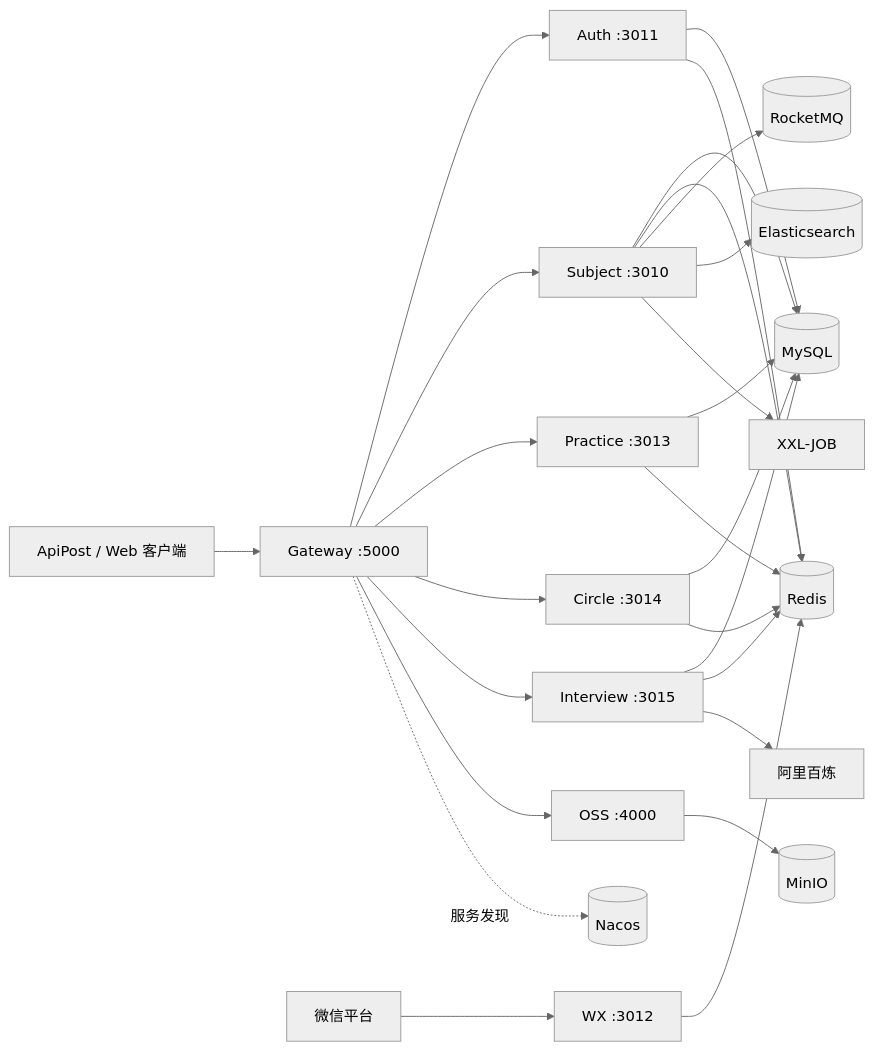
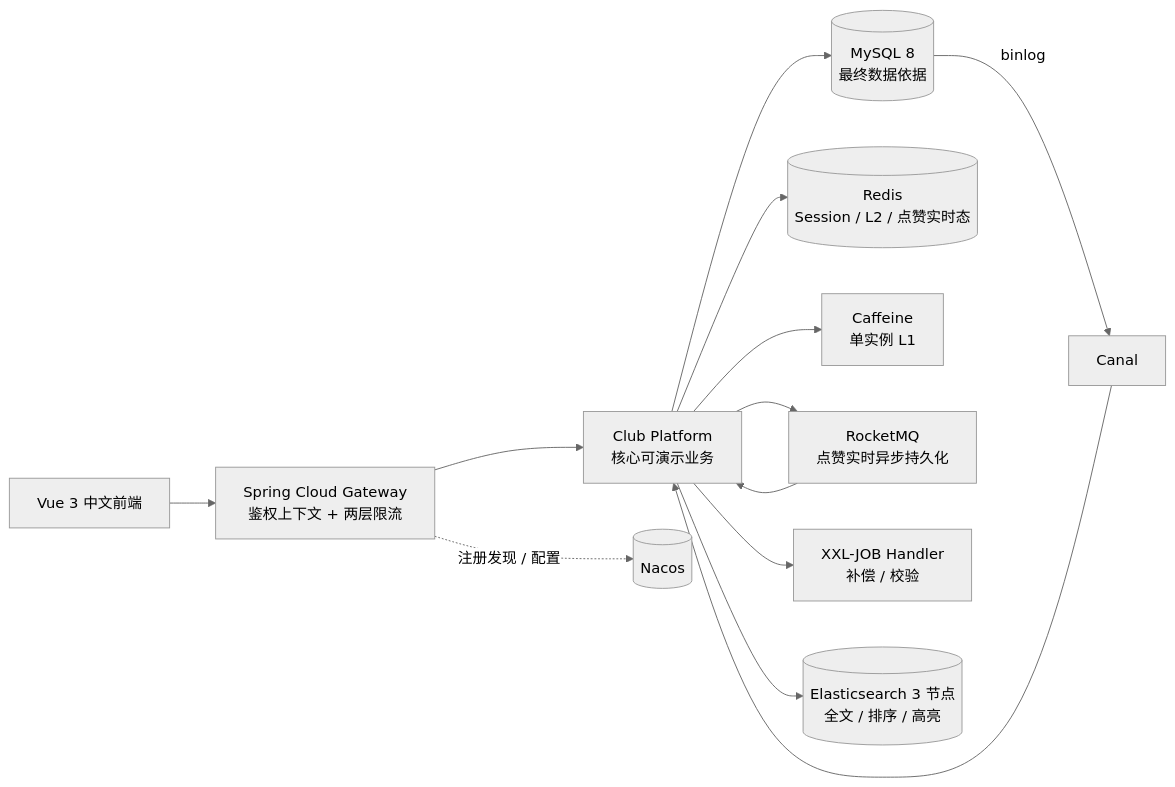
The first of 3 diagrams in README.md (xianspiderman/dyh-interview-club), drawn with Mermaid (neutral theme) before and after one commit. The commit also changed other lines of this file and 12 other files, not shown here.

````diff
--- a/README.md
+++ b/README.md
@@ -29,31 +20,15 @@
 ```mermaid
 flowchart LR
-    Client["ApiPost / Web 客户端"] --> Gateway["Gateway :5000"]
-    Gateway --> Auth["Auth :3011"]
-    Gateway --> Subject["Subject :3010"]
-    Gateway --> Practice["Practice :3013"]
-    Gateway --> Circle["Circle :3014"]
-    Gateway --> Interview["Interview :3015"]
-    Gateway --> OSS["OSS :4000"]
-    WX["微信平台"] --> WxService["WX :3012"]
-
-    Auth --> MySQL[(MySQL)]
-    Subject --> MySQL
-    Practice --> MySQL
-    Circle --> MySQL
-    Interview --> MySQL
-
-    Auth --> Redis[(Redis)]
-    Subject --> Redis
-    Practice --> Redis
-    Circle --> Redis
-    Interview --> Redis
-    WxService --> Redis
-
-    Gateway -. "服务发现" .-> Nacos[(Nacos)]
-    Subject --> RocketMQ[(RocketMQ)]
-    Subject --> ES[(Elasticsearch)]
-    Subject --> XXL["XXL-JOB"]
-    OSS --> MinIO[(MinIO)]
-    Interview --> Bailian["阿里百炼"]
+    Browser["Vue 3 中文前端"] --> Gateway["Spring Cloud Gateway<br/>鉴权上下文 + 两层限流"]
+    Gateway --> Platform["Club Platform<br/>核心可演示业务"]
+    Gateway -. "注册发现 / 配置" .-> Nacos[(Nacos)]
+    Platform --> MySQL[(MySQL 8<br/>最终数据依据)]
+    Platform --> Redis[(Redis<br/>Session / L2 / 点赞实时态)]
+    Platform --> Caffeine["Caffeine<br/>单实例 L1"]
+    Platform --> RocketMQ["RocketMQ<br/>点赞实时异步持久化"]
+    RocketMQ --> Platform
+    Platform --> XXL["XXL-JOB Handler<br/>补偿 / 校验"]
+    MySQL -->|binlog| Canal[Canal]
+    Canal --> Platform
+    Platform --> ES[(Elasticsearch 3 节点<br/>全文 / 排序 / 高亮)]
 ```
````
